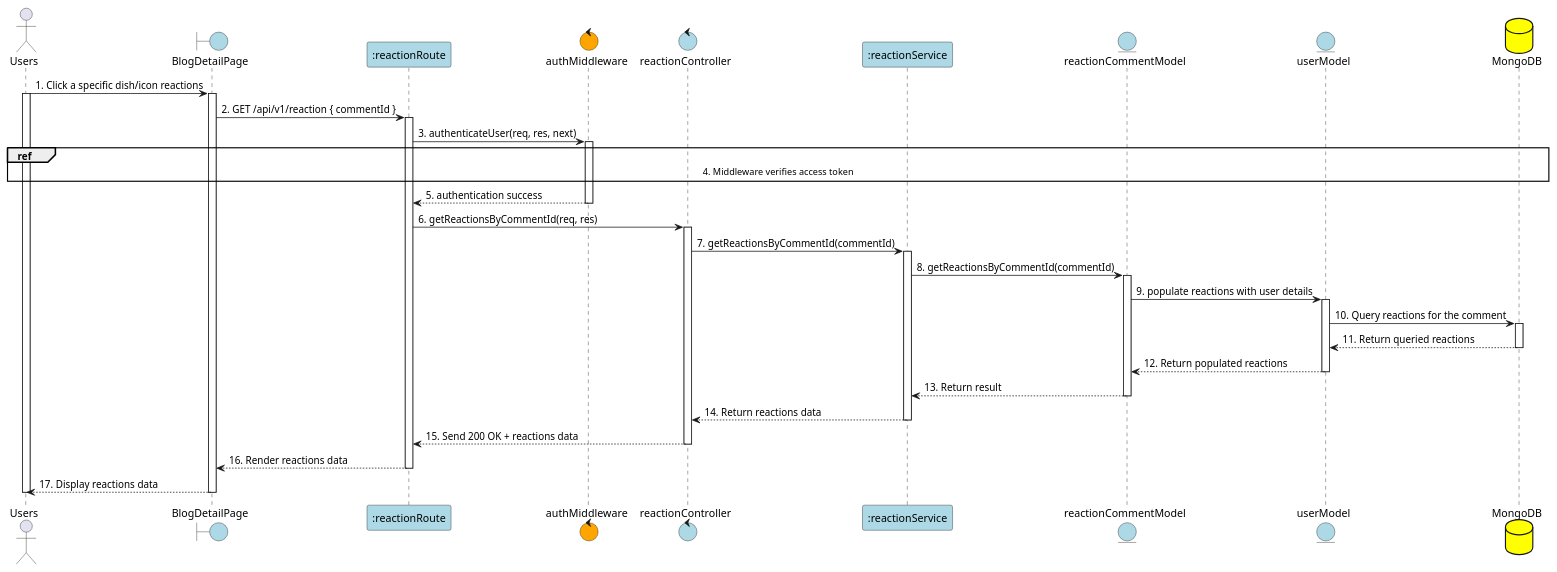
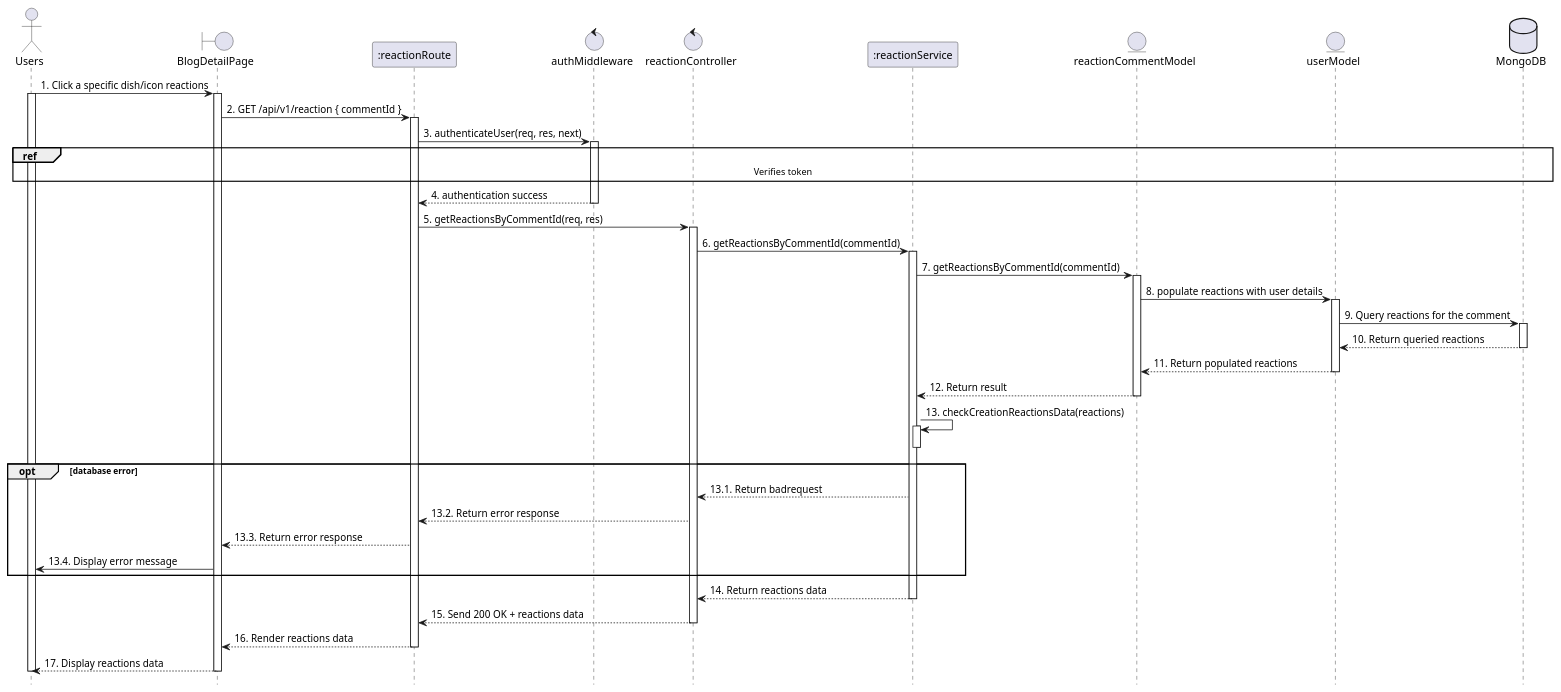
One commit to VietDurian/VietDurian changed the diagram in planuml/web/20.2_viewReaction.puml. Above: the diagram before and after it, drawn with PlantUML. The commit also changed 22 other files, not shown here.

Commit message:
update sequence + be: fix type-product-pagination

```diff
--- a/planuml/web/20.2_viewReaction.puml
+++ b/planuml/web/20.2_viewReaction.puml
@@ -1,63 +1,75 @@
 @startuml View Reaction Comments
 
 actor User as "Users"
-boundary "BlogDetailPage" as View #lightblue
-participant ":reactionRoute" as Route #lightblue
-control "authMiddleware" as Auth #Orange
-control "reactionController" as Controller #lightblue
-participant ":reactionService" as Service #lightblue
-entity "reactionCommentModel" as Model #lightblue
-entity "userModel" as UserModel #lightblue
-database "MongoDB" as MongoDB #yellow
+boundary "BlogDetailPage" as View 
+participant ":reactionRoute" as Route 
+control "authMiddleware" as Auth 
+control "reactionController" as Controller 
+participant ":reactionService" as Service 
+entity "reactionCommentModel" as Model 
+entity "userModel" as UserModel 
+database "MongoDB" as MongoDB
+hide footbox
 
     User -> View: 1. Click a specific dish/icon reactions
     activate User
     activate View
 
     View -> Route: 2. GET /api/v1/reaction { commentId }
     activate Route
     Route -> Auth: 3. authenticateUser(req, res, next)
     activate Auth
-    ref over User, View, Route, Auth, Controller, Service, Model, UserModel, MongoDB : 4. Middleware verifies access token
+    ref over User, MongoDB : Verifies token
 
-    Auth --> Route: 5. authentication success
+    Auth --> Route: 4. authentication success
     deactivate Auth
     
-    Route -> Controller: 6. getReactionsByCommentId(req, res)
+    Route -> Controller: 5. getReactionsByCommentId(req, res)
     activate Controller
 
-    Controller -> Service: 7. getReactionsByCommentId(commentId)
+    Controller -> Service: 6. getReactionsByCommentId(commentId)
     activate Service
 
-    Service -> Model: 8. getReactionsByCommentId(commentId)
+    Service -> Model: 7. getReactionsByCommentId(commentId)
     activate Model
 
-    Model -> UserModel: 9. populate reactions with user details
+    Model -> UserModel: 8. populate reactions with user details
     activate UserModel
 
-    UserModel -> MongoDB: 10. Query reactions for the comment
+    UserModel -> MongoDB: 9. Query reactions for the comment
     activate MongoDB
-    MongoDB --> UserModel: 11. Return queried reactions
+    MongoDB --> UserModel: 10. Return queried reactions
     deactivate MongoDB
 
-    UserModel --> Model: 12. Return populated reactions
+    UserModel --> Model: 11. Return populated reactions
     deactivate UserModel
 
-    Model --> Service: 13. Return result
+    Model --> Service: 12. Return result
     deactivate Model
+
+    Service -> Service: 13. checkCreationReactionsData(reactions)
+    activate Service
+    deactivate Service
+
+    opt database error
+        Service --> Controller: 13.1. Return badrequest
+        Controller --> Route: 13.2. Return error response
+        Route --> View: 13.3. Return error response
+        View -> User: 13.4. Display error message
+    end
 
     Service --> Controller: 14. Return reactions data
     deactivate Service
 
     Controller --> Route: 15. Send 200 OK + reactions data
     deactivate Controller
 
     Route --> View: 16. Render reactions data
     deactivate Route
 
     View --> User: 17. Display reactions data
     deactivate View
     deactivate User
 
 
 @enduml
```
